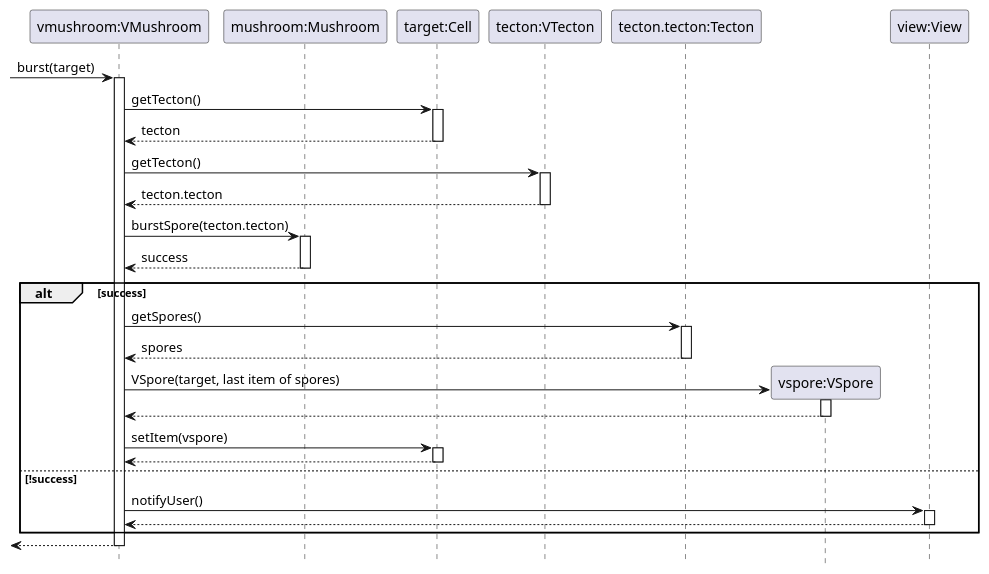
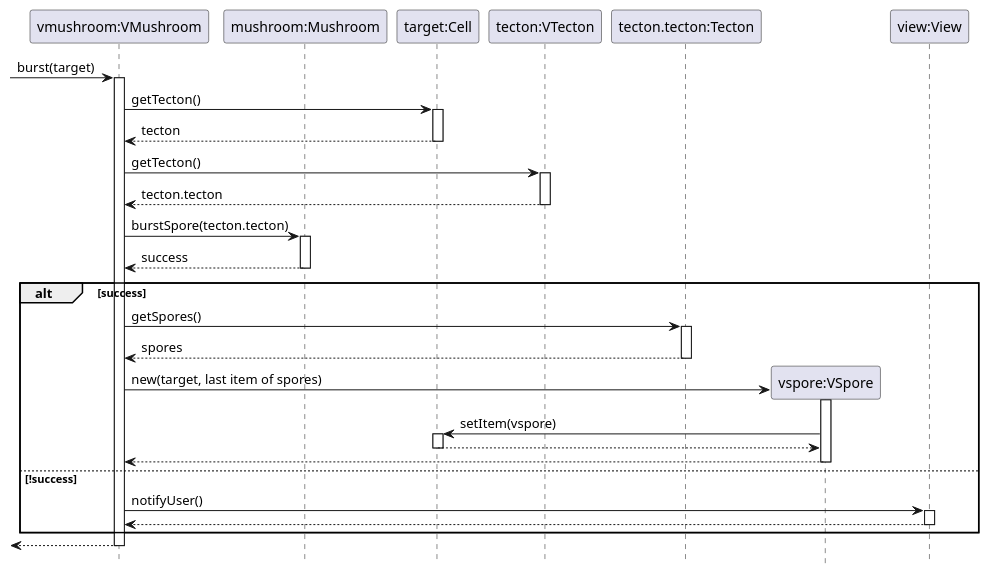
The diagram in GuiPlan/actions/burst.puml (ZD4ve/projlab-error521), drawn with PlantUML before and after one commit. The commit also changed 7 other files, not shown here.

```diff
--- a/GuiPlan/actions/burst.puml
+++ b/GuiPlan/actions/burst.puml
@@ -1,43 +1,43 @@
 @startuml burst
 hide footbox
 
 participant "vmushroom:VMushroom" as vmushroom
 participant "mushroom:Mushroom" as mushroom
 participant "target:Cell" as target
 
 participant "tecton:VTecton" as vtecton
 participant "tecton.tecton:Tecton" as tecton
 
 participant "vspore:VSpore" as vspore
 
 participant "view:View" as view
 
 -> vmushroom : burst(target)
 activate vmushroom
     vmushroom -> target : getTecton()
     activate target
     return tecton
     vmushroom -> vtecton : getTecton()
     activate vtecton
     return tecton.tecton
     vmushroom -> mushroom : burstSpore(tecton.tecton)
     activate mushroom
     return success
     alt success
         vmushroom -> tecton : getSpores()
         activate tecton
         return spores
         create vspore
-        vmushroom -> vspore : VSpore(target, last item of spores)
+        vmushroom -> vspore : new(target, last item of spores)
         activate vspore
-        return
-        vmushroom -> target : setItem(vspore)
-        activate target
+            vspore -> target : setItem(vspore)
+            activate target
+            return
         return
     else !success
         vmushroom -> view : notifyUser()
         activate view
         return
     end
 return
 @enduml
```
